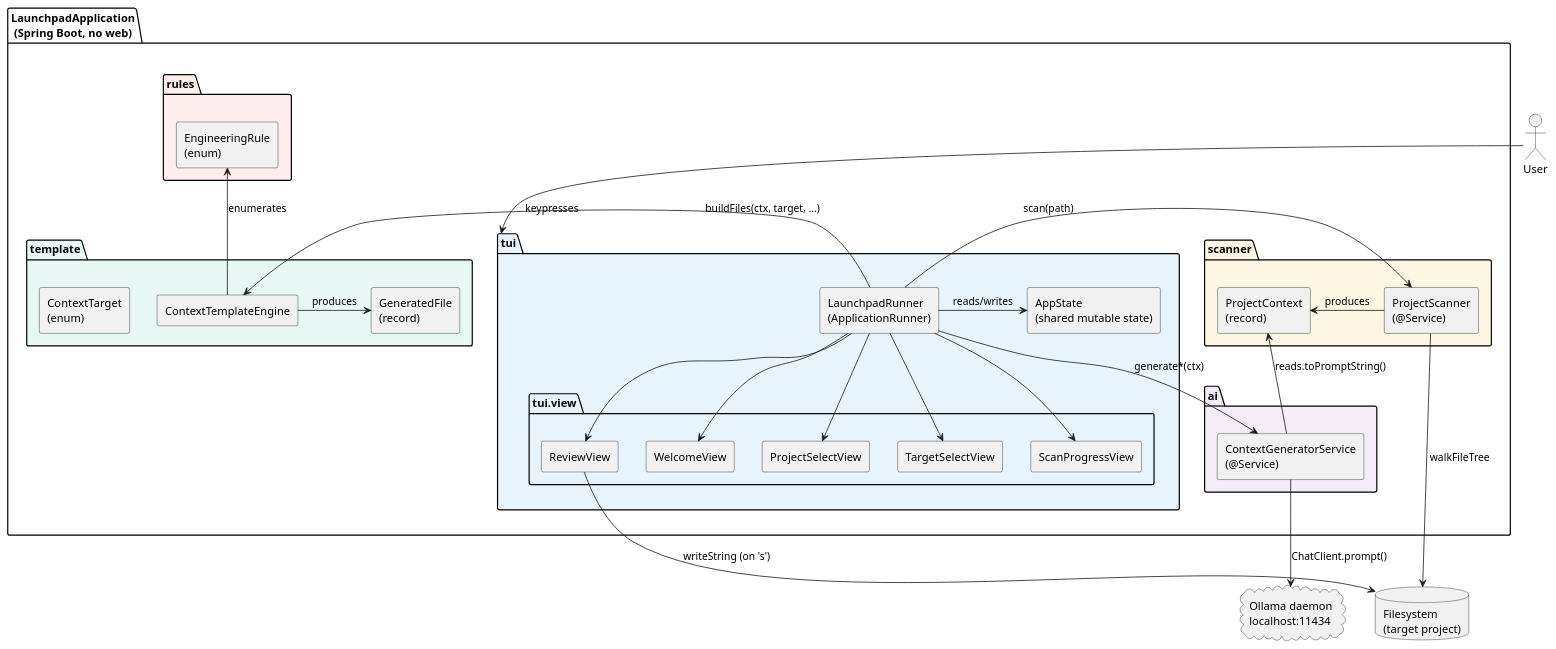
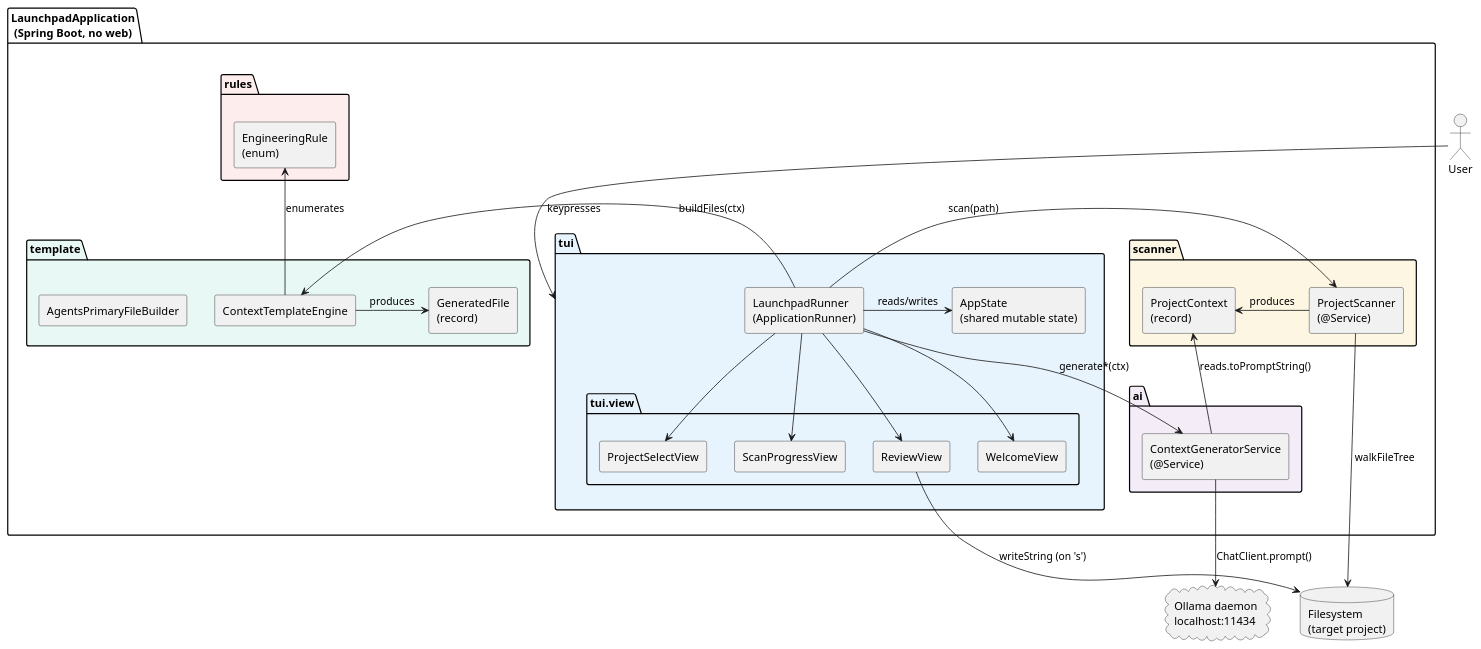
The first of 6 diagrams in docs/architecture.adoc (acltabontabon/launchpad), drawn with PlantUML before and after one commit. The commit also changed other lines of this file and 16 other files, not shown here.

```diff
--- a/docs/architecture.adoc
+++ b/docs/architecture.adoc
@@ -48,68 +48,66 @@
 [plantuml,architecture-overview,svg]
 ----
 @startuml
 skinparam backgroundColor #FFFFFF
 skinparam componentStyle rectangle
 skinparam shadowing false
 skinparam defaultFontName Helvetica
 
 package "LaunchpadApplication\n(Spring Boot, no web)" {
 
   package "tui" as TUI #E8F4FD {
     [LaunchpadRunner\n(ApplicationRunner)] as Runner
     [AppState\n(shared mutable state)] as State
     package "tui.view" {
       [WelcomeView] as W
       [ProjectSelectView] as P
-      [TargetSelectView] as T
       [ScanProgressView] as S
       [ReviewView] as R
     }
   }
 
   package "scanner" as SCAN #FDF6E3 {
     [ProjectScanner\n(@Service)] as Scanner
     [ProjectContext\n(record)] as Ctx
   }
 
   package "ai" as AI #F4ECF7 {
     [ContextGeneratorService\n(@Service)] as Gen
   }
 
   package "template" as TPL #E8F8F5 {
     [ContextTemplateEngine] as Engine
-    [ContextTarget\n(enum)] as Target
+    [AgentsPrimaryFileBuilder] as Primary
     [GeneratedFile\n(record)] as File
   }
 
   package "rules" as RULES #FDEDEC {
     [EngineeringRule\n(enum)] as Rule
   }
 }
 
 cloud "Ollama daemon\nlocalhost:11434" as Ollama
 database "Filesystem\n(target project)" as FS
 actor "User" as U
 
 U -down-> TUI : keypresses
 Runner -right-> State : reads/writes
 Runner -down-> W
 Runner -down-> P
-Runner -down-> T
 Runner -down-> S
 Runner -down-> R
 Runner -right-> Scanner : scan(path)
 Runner -right-> Gen : generate*(ctx)
-Runner -right-> Engine : buildFiles(ctx, target, ...)
+Runner -right-> Engine : buildFiles(ctx)
 
 Scanner -down-> FS : walkFileTree
 Scanner -right-> Ctx : produces
 Gen -down-> Ollama : ChatClient.prompt()
 Gen -up-> Ctx : reads.toPromptString()
 Engine -up-> Rule : enumerates
 Engine -right-> File : produces
 
 R -down-> FS : writeString (on 's')
 
 @enduml
 ----
```
